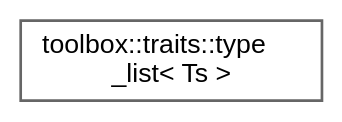
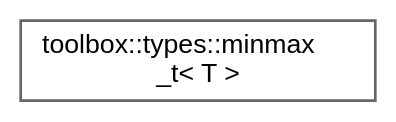
The diagram in inherit_graph_62.dot (nerdneilsfield/cpp-toolbox), drawn with Graphviz before and after one commit. The commit also changed 153 other files, not shown here.

```diff
--- a/inherit_graph_62.dot
+++ b/inherit_graph_62.dot
@@ -1,9 +1,9 @@
 digraph "Graphical Class Hierarchy"
 {
  // LATEX_PDF_SIZE
   bgcolor="transparent";
   edge [fontname=Helvetica,fontsize=10,labelfontname=Helvetica,labelfontsize=10];
   node [fontname=Helvetica,fontsize=10,shape=box,height=0.2,width=0.4];
   rankdir="LR";
-  Node0 [id="Node000000",label="toolbox::traits::type\l_list\< Ts \>",height=0.2,width=0.4,color="grey40", fillcolor="white", style="filled",URL="$structtoolbox_1_1traits_1_1type__list.html",tooltip="类型列表容器/Type list container"];
+  Node0 [id="Node000000",label="toolbox::types::minmax\l_t\< T \>",height=0.2,width=0.4,color="grey40", fillcolor="white", style="filled",URL="$structtoolbox_1_1types_1_1minmax__t.html",tooltip="存储和计算最小最大值的主模板类 / Primary template class for storing and calculating minimum and maximum values"];
 }
```
